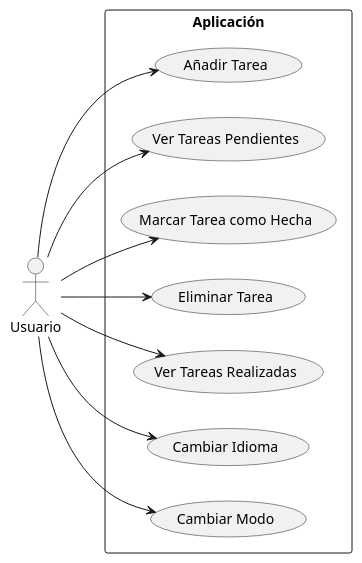
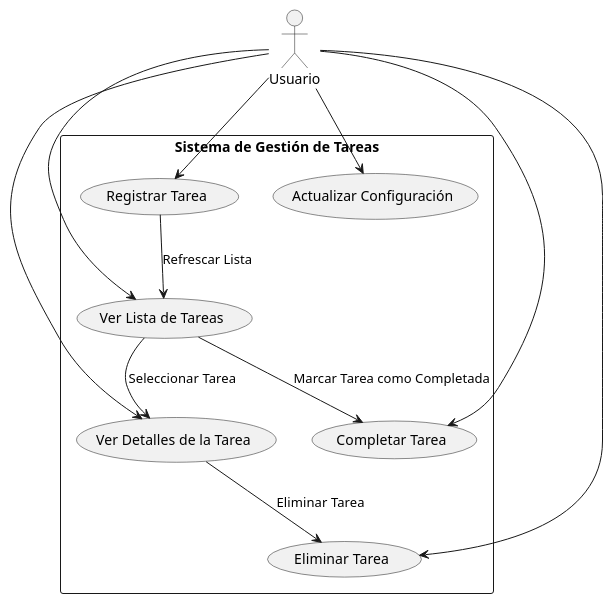
Before and after one commit to Jaime-Lopez-Diaz-Parcial-1-Eventos/MisTareas2: the diagram in app/src/main/java/uml/UMLCasosDeUso-mistareas2.puml, drawn with PlantUML. The commit also changed 14 other files, not shown here.

```diff
--- a/app/src/main/java/uml/UMLCasosDeUso-mistareas2.puml
+++ b/app/src/main/java/uml/UMLCasosDeUso-mistareas2.puml
@@ -1,22 +1,26 @@
 @startuml
-left to right direction
+
 actor Usuario
 
-rectangle Aplicación {
-    usecase "Añadir Tarea" as UC_AddTask
-    usecase "Ver Tareas Pendientes" as UC_ViewPending
-    usecase "Marcar Tarea como Hecha" as UC_MarkDone
-    usecase "Eliminar Tarea" as UC_DeleteTask
-    usecase "Ver Tareas Realizadas" as UC_ViewCompleted
-    usecase "Cambiar Idioma" as UC_ChangeLanguage
-    usecase "Cambiar Modo" as UC_ToggleNightMode
+rectangle "Sistema de Gestión de Tareas" {
+    usecase "Registrar Tarea" as UC_Registrar
+    usecase "Ver Lista de Tareas" as UC_VerLista
+    usecase "Ver Detalles de la Tarea" as UC_VerDetalles
+    usecase "Eliminar Tarea" as UC_Eliminar
+    usecase "Completar Tarea" as UC_Completar
+    usecase "Actualizar Configuración" as UC_ActualizarConfig
 }
 
-Usuario --> UC_AddTask
-Usuario --> UC_ViewPending
-Usuario --> UC_MarkDone
-Usuario --> UC_DeleteTask
-Usuario --> UC_ViewCompleted
-Usuario --> UC_ChangeLanguage
-Usuario --> UC_ToggleNightMode
+Usuario --> UC_Registrar
+Usuario --> UC_VerLista
+Usuario --> UC_VerDetalles
+Usuario --> UC_Eliminar
+Usuario --> UC_Completar
+Usuario --> UC_ActualizarConfig
+
+UC_Registrar --> UC_VerLista : "Refrescar Lista"
+UC_VerLista --> UC_VerDetalles : "Seleccionar Tarea"
+UC_VerDetalles --> UC_Eliminar : "Eliminar Tarea"
+UC_VerLista --> UC_Completar : "Marcar Tarea como Completada"
+
 @enduml
```
